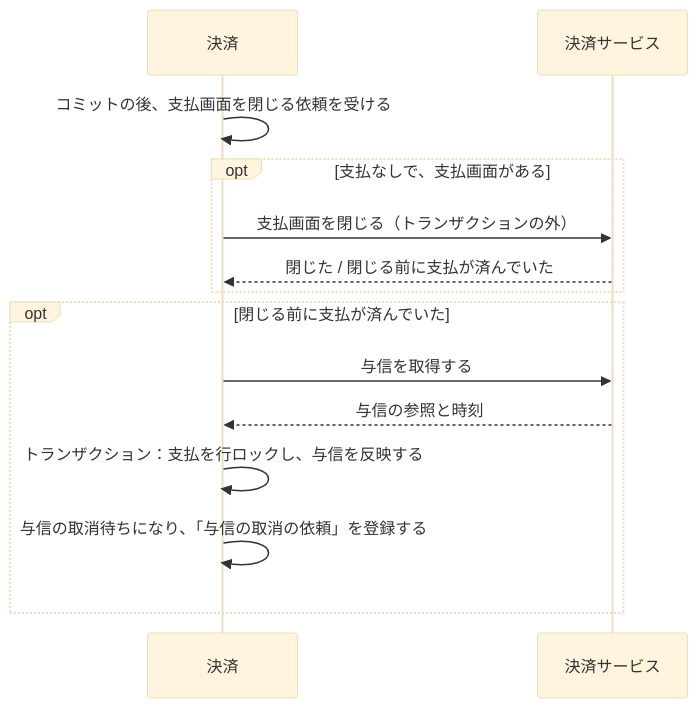
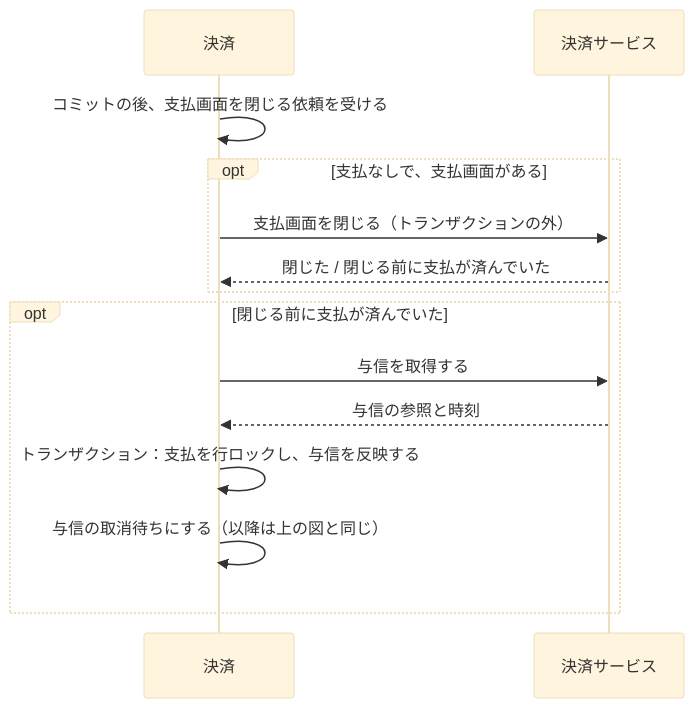
Before and after one commit to roger88106/ec-site: the sixth of 6 diagrams in docs/02-設計/payment.md, drawn with Mermaid (base theme). The commit also changed other lines of this file and 11 other files, not shown here.

````diff
--- a/docs/02-設計/payment.md
+++ b/docs/02-設計/payment.md
@@ -281,16 +281,16 @@
 ```mermaid
 sequenceDiagram
     participant P as 決済
     participant G as 決済サービス
     P->>P: コミットの後、支払画面を閉じる依頼を受ける
     opt 支払なしで、支払画面がある
         P->>G: 支払画面を閉じる（トランザクションの外）
         G-->>P: 閉じた / 閉じる前に支払が済んでいた
     end
     opt 閉じる前に支払が済んでいた
         P->>G: 与信を取得する
         G-->>P: 与信の参照と時刻
         P->>P: トランザクション：支払を行ロックし、与信を反映する
-        P->>P: 与信の取消待ちになり、「与信の取消の依頼」を登録する
+        P->>P: 与信の取消待ちにする（以降は上の図と同じ）
     end
 ```
````
